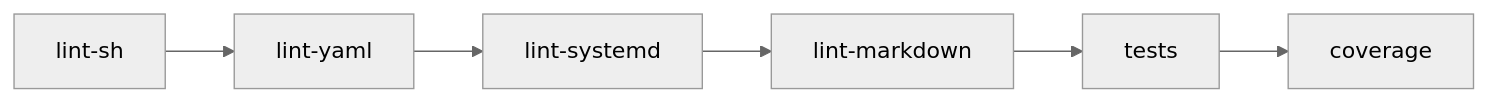
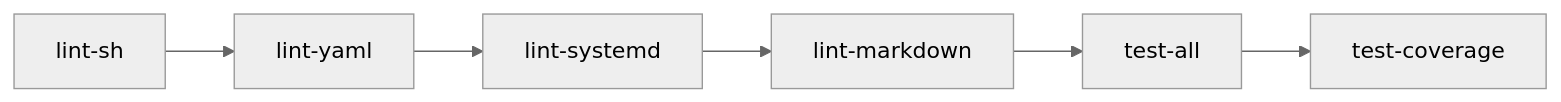
The diagram in CONTRIBUTING.md (theaussiepom/kiosk-retropie), drawn with Mermaid (neutral theme) before and after one commit. The commit also changed other lines of this file and 1 other file, not shown here.

First line of the commit message:
ci: rename test status checks

````diff
--- a/CONTRIBUTING.md
+++ b/CONTRIBUTING.md
@@ -26,7 +26,7 @@
 ```mermaid
 flowchart LR
   lint_sh[lint-sh] --> lint_yaml[lint-yaml]
   lint_yaml --> lint_systemd[lint-systemd]
   lint_systemd --> lint_markdown[lint-markdown]
-  lint_markdown --> tests[tests] --> coverage[coverage]
+  lint_markdown --> test_all[test-all] --> test_coverage[test-coverage]
 ```
````
